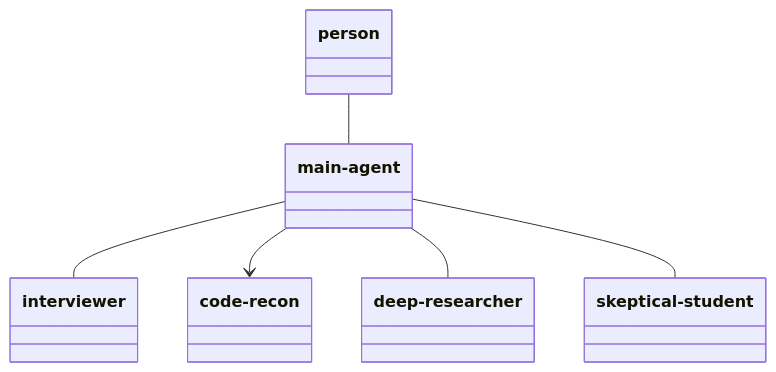
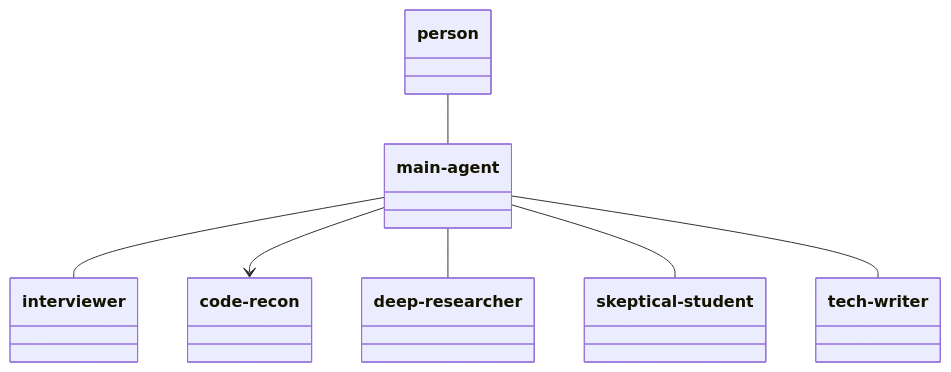
One commit to bloc0105/Primer changed the first of 2 diagrams in learn-software-stack/commands/curriculum.md. Above: the diagram before and after it, drawn with Mermaid. The commit also changed other lines of this file and 4 other files, not shown here.

````diff
--- a/learn-software-stack/commands/curriculum.md
+++ b/learn-software-stack/commands/curriculum.md
@@ -14,17 +18,19 @@
 ```mermaid
 classDiagram
   class person
   class main-agent
   class deep-researcher
   class code-recon
   class interviewer
   class skeptical-student
+  class tech-writer
 
   person -- main-agent
 
   main-agent -- interviewer
   main-agent --> code-recon
   main-agent -- deep-researcher
   main-agent -- skeptical-student
+  main-agent -- tech-writer
 
 ```
````
